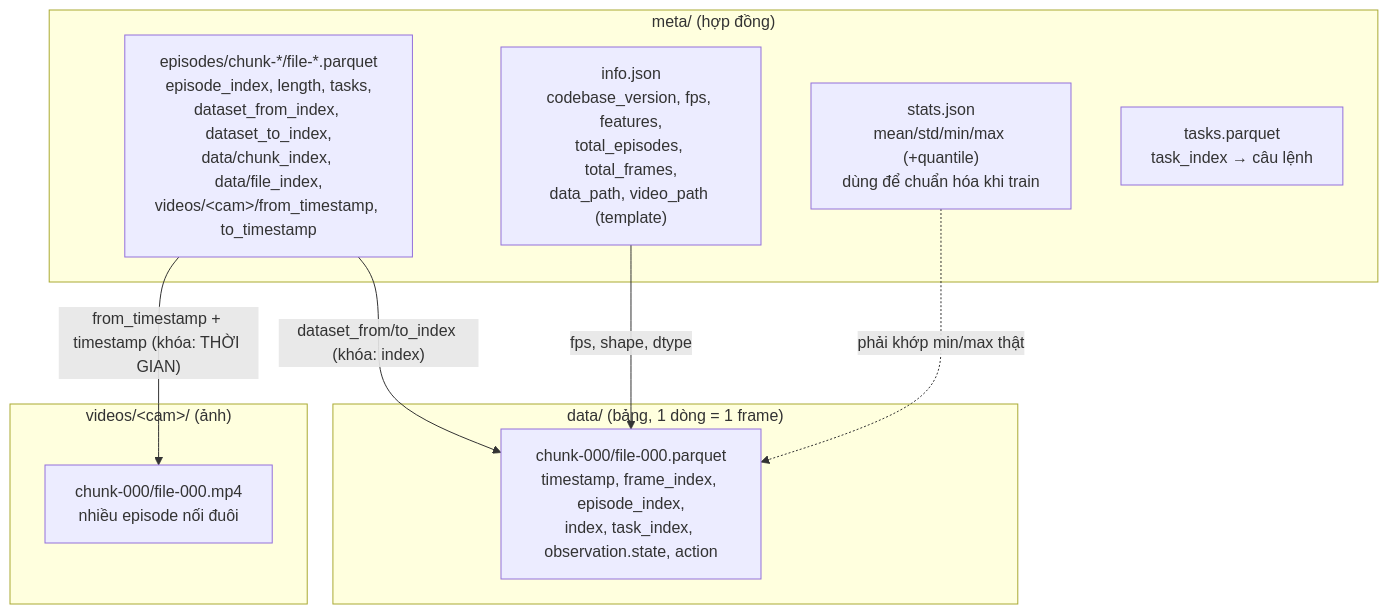
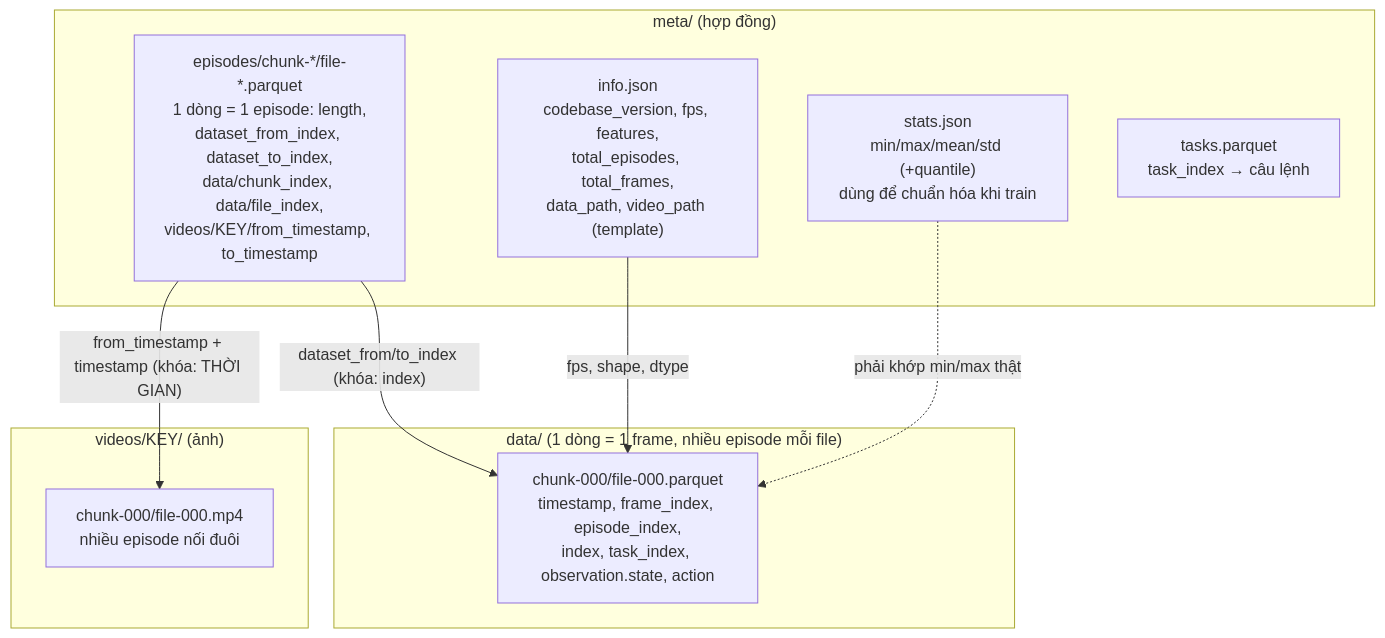
One commit to mrleloi/robotics-lab changed the second of 6 diagrams in giao-trinh/khoa-2/m2-dataset-audit.md. Above: the diagram before and after it, drawn with Mermaid. The commit also changed other lines of this file and 7 other files, not shown here.

````diff
--- a/giao-trinh/khoa-2/m2-dataset-audit.md
+++ b/giao-trinh/khoa-2/m2-dataset-audit.md
@@ -39,19 +55,19 @@
 ```mermaid
 flowchart TB
   subgraph META["meta/ (hợp đồng)"]
     INFO["info.json<br/>codebase_version, fps, features,<br/>total_episodes, total_frames,<br/>data_path, video_path (template)"]
-    EPS["episodes/chunk-*/file-*.parquet<br/>episode_index, length, tasks,<br/>dataset_from_index, dataset_to_index,<br/>data/chunk_index, data/file_index,<br/>videos/&lt;cam&gt;/from_timestamp, to_timestamp"]
-    ST["stats.json<br/>mean/std/min/max (+quantile)<br/>dùng để chuẩn hóa khi train"]
+    EPS["episodes/chunk-*/file-*.parquet<br/>1 dòng = 1 episode: length,<br/>dataset_from_index, dataset_to_index,<br/>data/chunk_index, data/file_index,<br/>videos/KEY/from_timestamp, to_timestamp"]
+    ST["stats.json<br/>min/max/mean/std (+quantile)<br/>dùng để chuẩn hóa khi train"]
     TK["tasks.parquet<br/>task_index → câu lệnh"]
   end
-  subgraph DATA["data/ (bảng, 1 dòng = 1 frame)"]
+  subgraph DATA["data/ (1 dòng = 1 frame, nhiều episode mỗi file)"]
     PQ["chunk-000/file-000.parquet<br/>timestamp, frame_index, episode_index,<br/>index, task_index, observation.state, action"]
   end
-  subgraph VID["videos/&lt;cam&gt;/ (ảnh)"]
+  subgraph VID["videos/KEY/ (ảnh)"]
     MP4["chunk-000/file-000.mp4<br/>nhiều episode nối đuôi"]
   end
   EPS -- "dataset_from/to_index (khóa: index)" --> PQ
   EPS -- "from_timestamp + timestamp (khóa: THỜI GIAN)" --> MP4
   INFO -- "fps, shape, dtype" --> PQ
   ST -. "phải khớp min/max thật" .-> PQ
 ```
````
